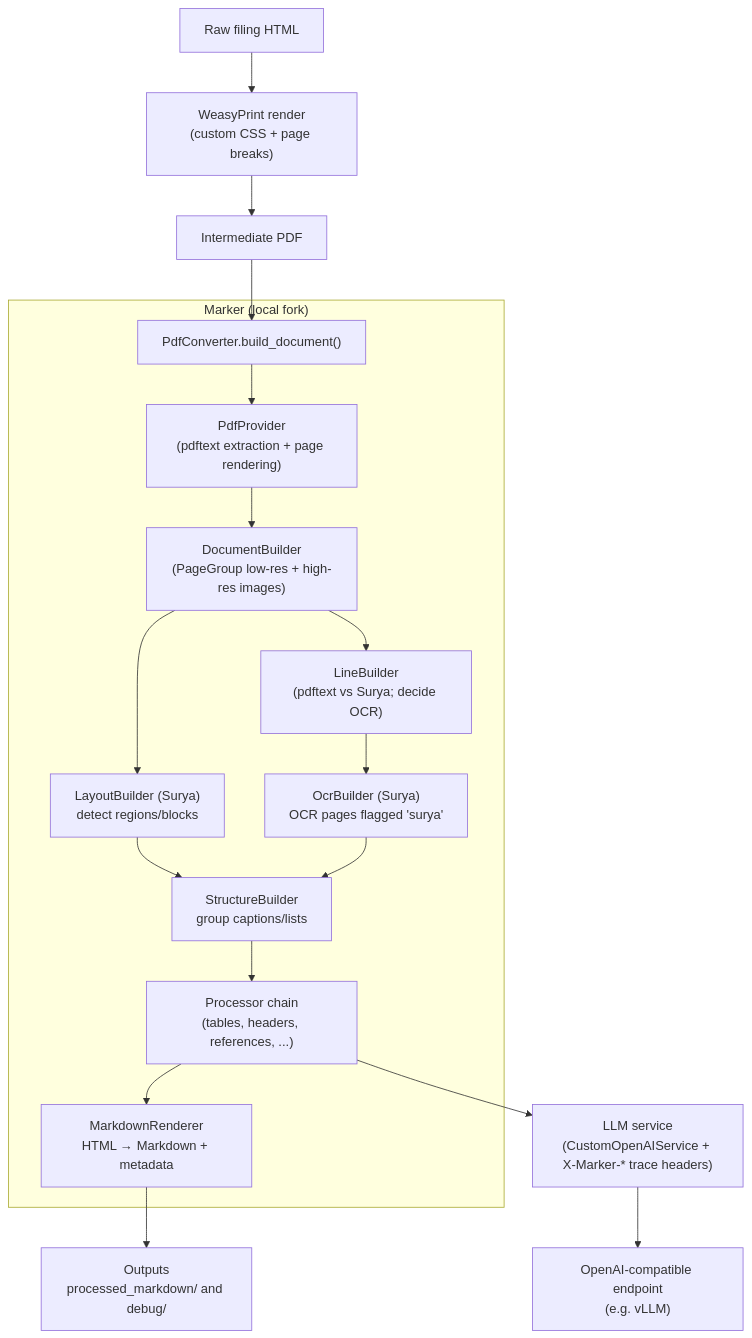
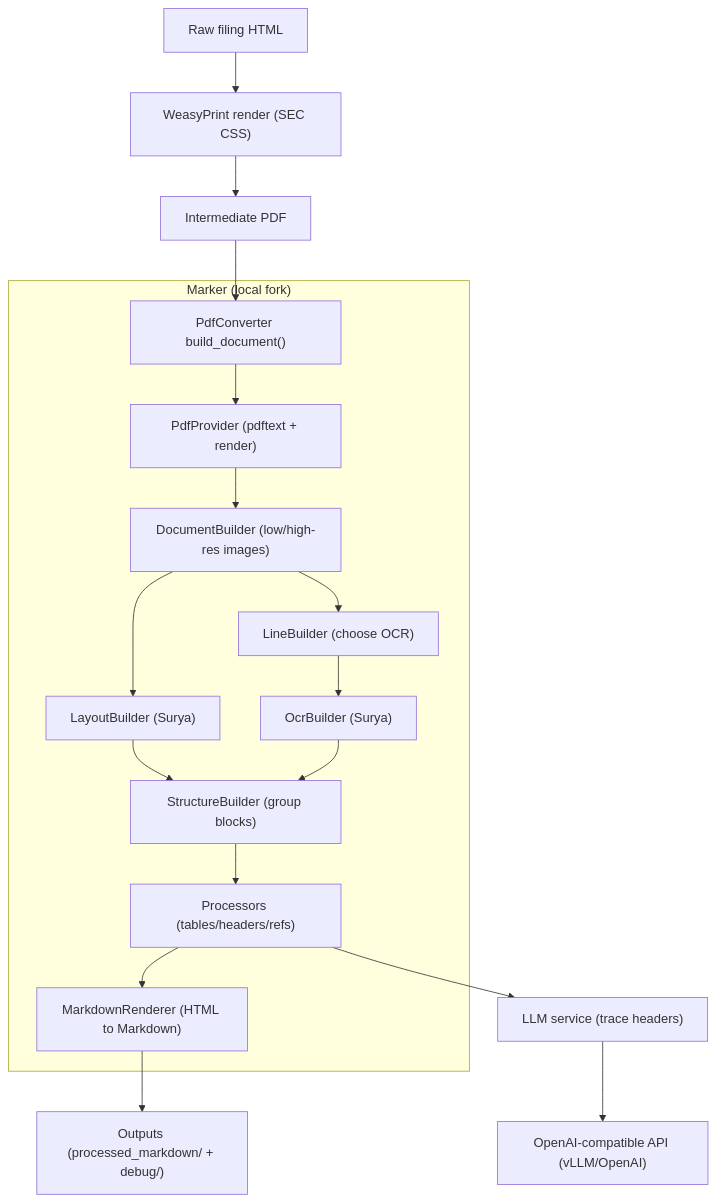
Before and after one commit to linminhtoo/andromeda: the eighth of 8 diagrams in README.md, drawn with Mermaid. The commit also changed other lines of this file, not shown here.

Commit message:
doc(README): fix mermaid line breaks

````diff
--- a/README.md
+++ b/README.md
@@ -622,20 +622,20 @@
 ```mermaid
 flowchart TB
-  HTML["Raw filing HTML"] --> WP["WeasyPrint render<br>(custom CSS + page breaks)"] --> PDF["Intermediate PDF"]
-  PDF --> START["PdfConverter.build_document()"]
+  HTML["Raw filing HTML"] --> WP["WeasyPrint render (SEC CSS)"] --> PDF["Intermediate PDF"]
+  PDF --> START["PdfConverter build_document()"]
 
   subgraph Marker["Marker (local fork)"]
-    START --> PROVIDER["PdfProvider<br>(pdftext extraction + page rendering)"]
-    PROVIDER --> DOC["DocumentBuilder<br>(PageGroup low-res + high-res images)"]
-    DOC --> LAYOUT["LayoutBuilder (Surya)<br>detect regions/blocks"]
-    DOC --> LINES["LineBuilder<br>(pdftext vs Surya; decide OCR)"]
-    LINES --> OCR["OcrBuilder (Surya)<br>OCR pages flagged 'surya'"]
-    LAYOUT --> STRUCT["StructureBuilder<br>group captions/lists"]
+    START --> PROVIDER["PdfProvider (pdftext + render)"]
+    PROVIDER --> DOC["DocumentBuilder (low/high-res images)"]
+    DOC --> LAYOUT["LayoutBuilder (Surya)"]
+    DOC --> LINES["LineBuilder (choose OCR)"]
+    LINES --> OCR["OcrBuilder (Surya)"]
+    LAYOUT --> STRUCT["StructureBuilder (group blocks)"]
     OCR --> STRUCT
-    STRUCT --> PROCESSORS["Processor chain<br>(tables, headers, references, ...)"]
-    PROCESSORS --> RENDER["MarkdownRenderer<br>HTML → Markdown + metadata"]
+    STRUCT --> PROCESSORS["Processors (tables/headers/refs)"]
+    PROCESSORS --> RENDER["MarkdownRenderer (HTML to Markdown)"]
   end
 
-  PROCESSORS --> SERVICE["LLM service<br>(CustomOpenAIService + X-Marker-* trace headers)"] --> LLMAPI["OpenAI-compatible endpoint<br>(e.g. vLLM)"]
-  RENDER --> OUT["Outputs<br>processed_markdown/ and debug/"]
+  PROCESSORS --> SERVICE["LLM service (trace headers)"] --> LLMAPI["OpenAI-compatible API (vLLM/OpenAI)"]
+  RENDER --> OUT["Outputs (processed_markdown/ + debug/)"]
 ```
````
